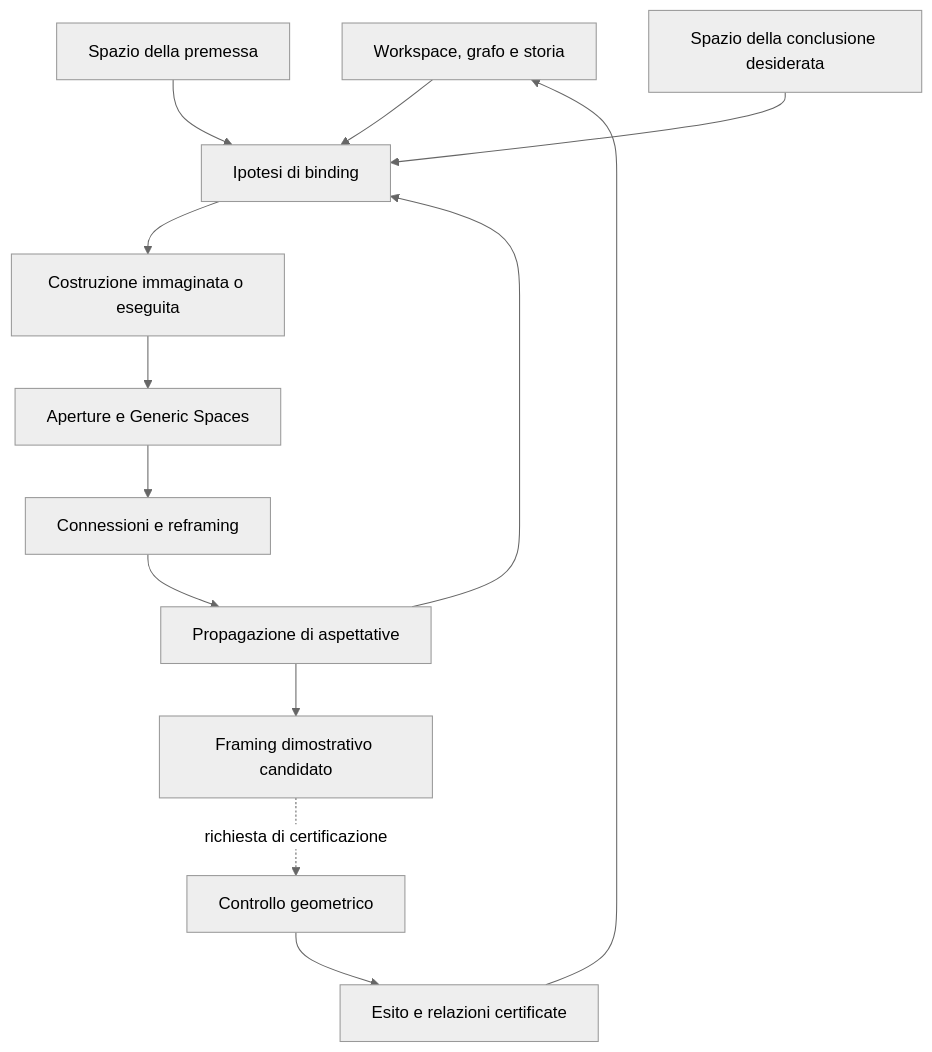
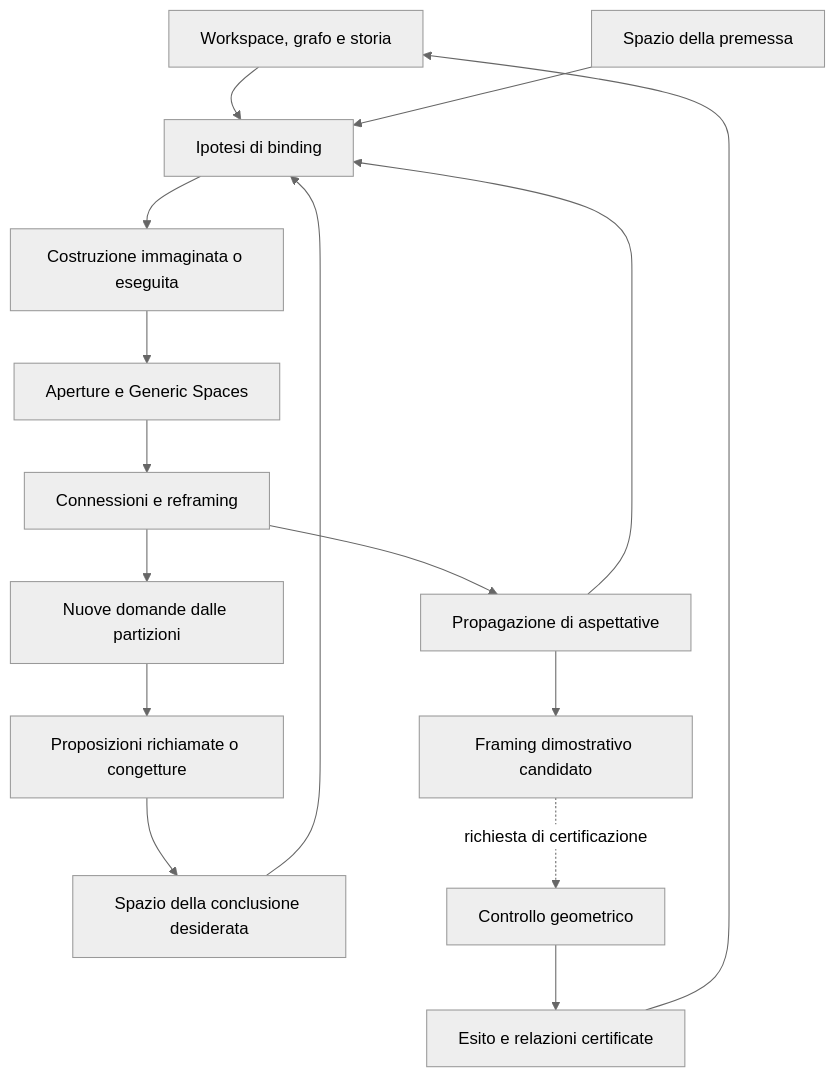
One commit to clarismetaverse/merovingio changed the diagram in NMerovingio/docs/Merovingio_Panoptikon_Fondamenti_v0_3.md. Above: the diagram before and after it, drawn with Mermaid (neutral theme). The commit also changed other lines of this file and 2 other files, not shown here.

````diff
--- a/NMerovingio/docs/Merovingio_Panoptikon_Fondamenti_v0_3.md
+++ b/NMerovingio/docs/Merovingio_Panoptikon_Fondamenti_v0_3.md
@@ -216,15 +235,18 @@
 ```mermaid
 flowchart TD
     W[Workspace, grafo e storia] --> B[Ipotesi di binding]
     P[Spazio della premessa] --> B
     Q[Spazio della conclusione desiderata] --> B
     B --> C[Costruzione immaginata o eseguita]
     C --> G[Aperture e Generic Spaces]
     G --> R[Connessioni e reframing]
     R --> E[Propagazione di aspettative]
     E --> B
+    R --> N[Nuove domande dalle partizioni]
+    N --> T[Proposizioni richiamate o congetture]
+    T --> Q
     E --> S[Framing dimostrativo candidato]
     S -. richiesta di certificazione .-> V[Controllo geometrico]
     V --> F[Esito e relazioni certificate]
     F --> W
 ```
````
